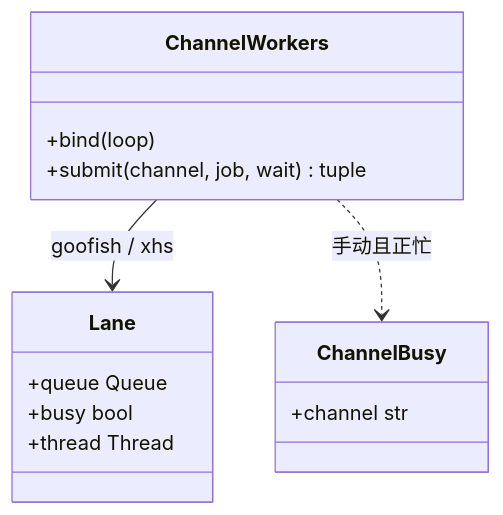
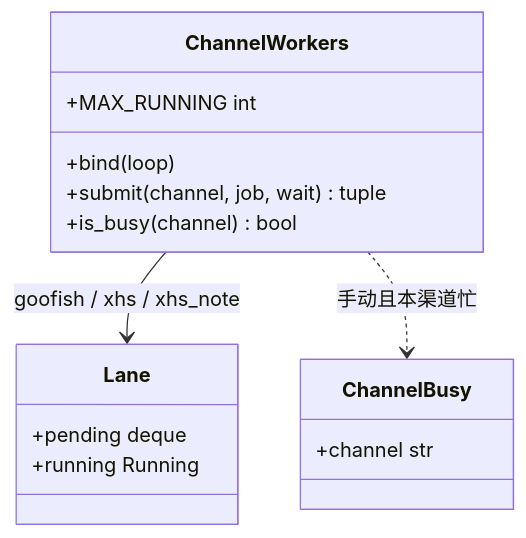
One commit to yaoyunchou/ai-goofish-monitor changed the first of 2 diagrams in docs/design/channel-execution.md. Above: the diagram before and after it, drawn with Mermaid. The commit also changed other lines of this file and 40 other files, not shown here.

First line of the commit message:
feat(xhs): Implement 小红书 note collection and channel management

````diff
--- a/docs/design/channel-execution.md
+++ b/docs/design/channel-execution.md
@@ -23,17 +24,18 @@
 ```mermaid
 classDiagram
     class ChannelWorkers {
+        +MAX_RUNNING int
         +bind(loop)
         +submit(channel, job, wait) tuple
+        +is_busy(channel) bool
     }
     class ChannelBusy {
         +channel str
     }
     class Lane {
-        +queue Queue
-        +busy bool
-        +thread Thread
+        +pending deque
+        +running Running
     }
-    ChannelWorkers --> Lane : goofish / xhs
-    ChannelWorkers ..> ChannelBusy : 手动且正忙
+    ChannelWorkers --> Lane : goofish / xhs / xhs_note
+    ChannelWorkers ..> ChannelBusy : 手动且本渠道忙
 ```
````
